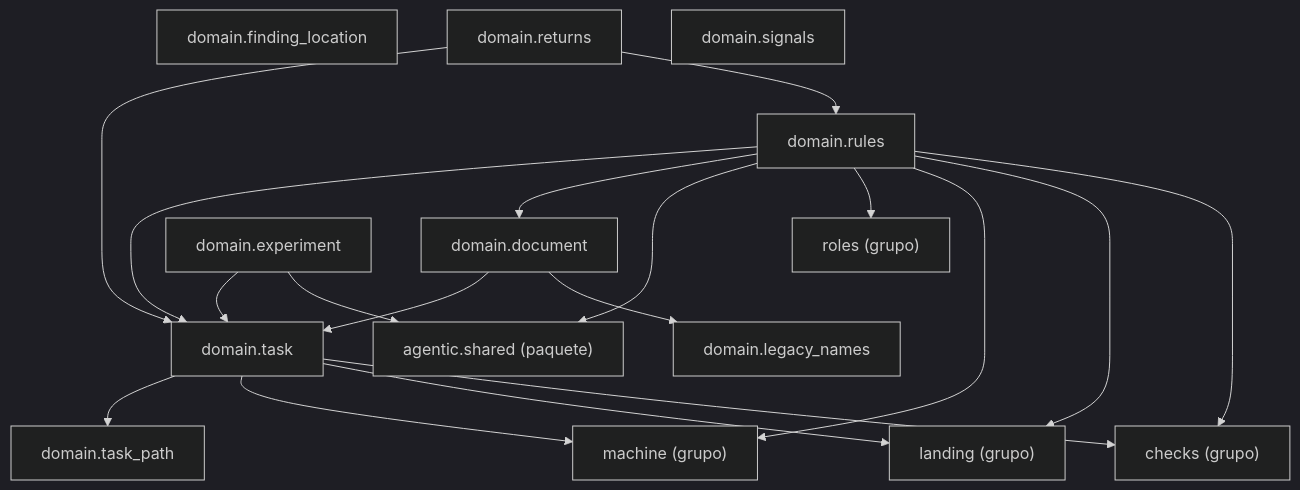
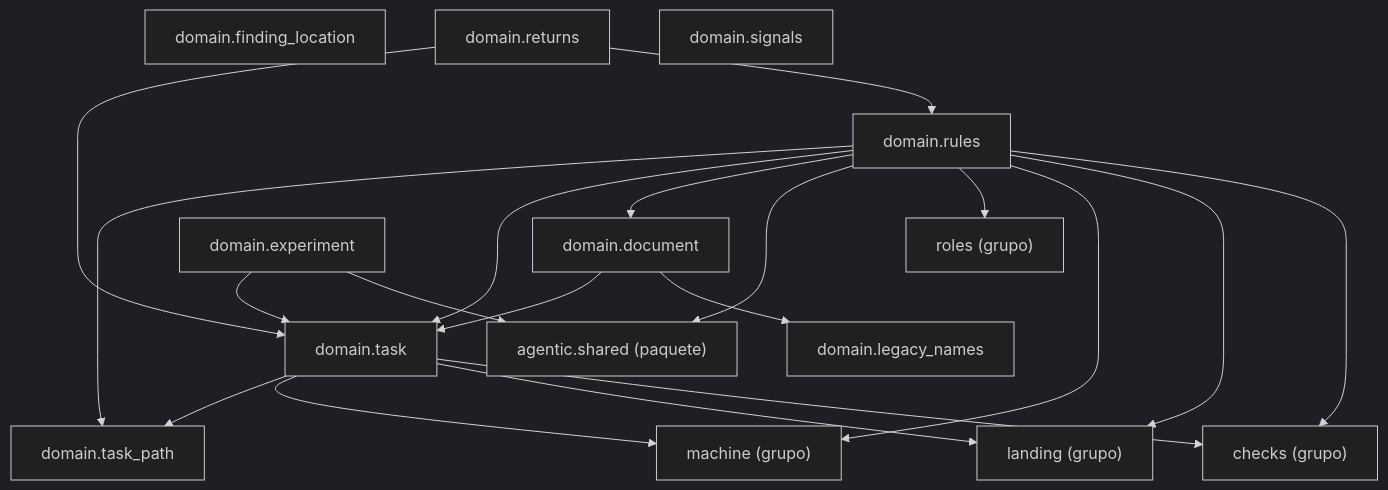
One commit to GonzaloZevallos/agentic-system changed the diagram in docs/architecture/generated/packages-process-domain-state.md. Above: the diagram before and after it, drawn with Mermaid (dark theme).

Commit message:
Regenerate the architecture pages for the routing functions

````diff
--- a/docs/architecture/generated/packages-process-domain-state.md
+++ b/docs/architecture/generated/packages-process-domain-state.md
@@ -11,34 +11,35 @@
 ```mermaid
 graph TD
     g_domain__checks["checks (grupo)"]
     g_domain__landing["landing (grupo)"]
     g_domain__machine["machine (grupo)"]
     g_domain__roles["roles (grupo)"]
     g_pkg__agentic__shared["agentic.shared (paquete)"]
     m_domain__document["domain.document"]
     m_domain__experiment["domain.experiment"]
     m_domain__finding_location["domain.finding_location"]
     m_domain__legacy_names["domain.legacy_names"]
     m_domain__returns["domain.returns"]
     m_domain__rules["domain.rules"]
     m_domain__signals["domain.signals"]
     m_domain__task["domain.task"]
     m_domain__task_path["domain.task_path"]
     m_domain__document --> m_domain__legacy_names
     m_domain__document --> m_domain__task
     m_domain__experiment --> g_pkg__agentic__shared
     m_domain__experiment --> m_domain__task
     m_domain__returns --> m_domain__rules
     m_domain__returns --> m_domain__task
     m_domain__rules --> g_domain__checks
     m_domain__rules --> g_domain__landing
     m_domain__rules --> g_domain__machine
     m_domain__rules --> g_domain__roles
     m_domain__rules --> g_pkg__agentic__shared
     m_domain__rules --> m_domain__document
     m_domain__rules --> m_domain__task
+    m_domain__rules --> m_domain__task_path
     m_domain__task --> g_domain__checks
     m_domain__task --> g_domain__landing
     m_domain__task --> g_domain__machine
     m_domain__task --> m_domain__task_path
 ```
````
